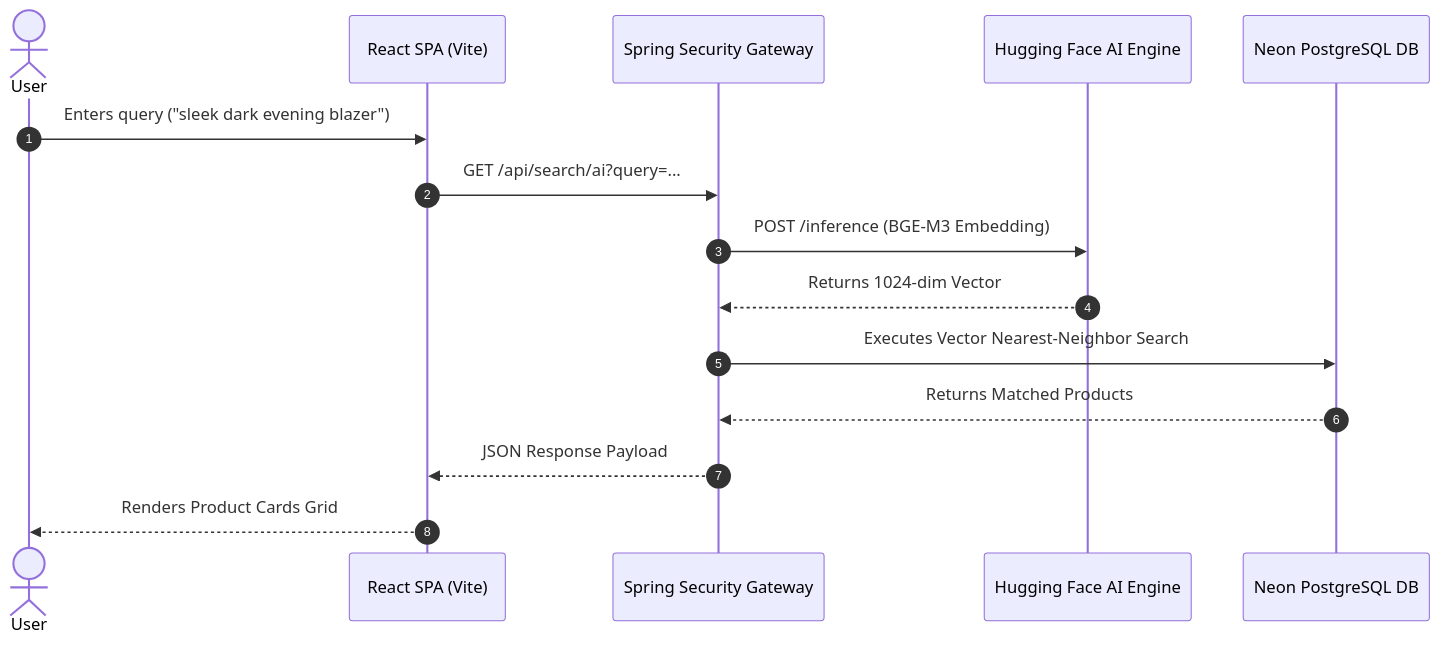
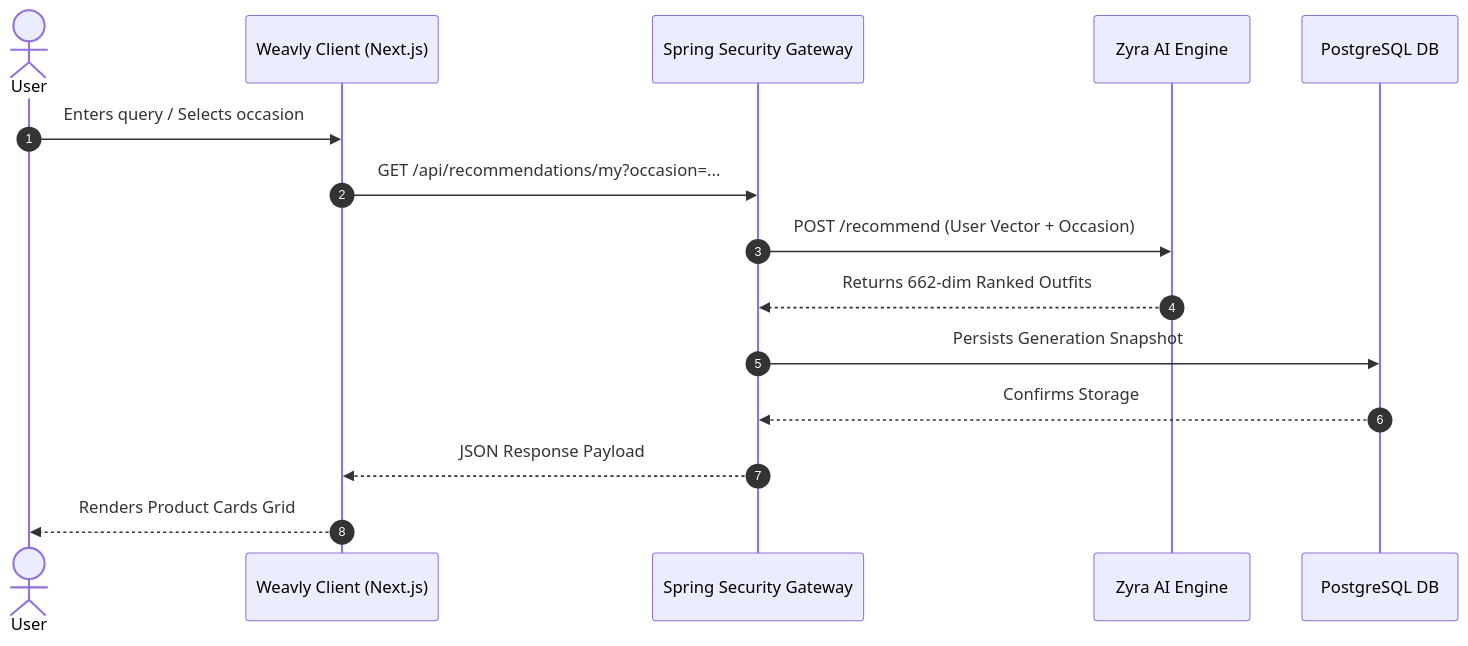
One commit to Ch-saketh/weavly changed the second of 2 diagrams in weavly-client/LUXZERA/README.md. Above: the diagram before and after it, drawn with Mermaid. The commit also changed other lines of this file and 4 other files, not shown here.

Commit message:
docs: replace luxzera with weavly and zera with zyra across all READMEs

````diff
--- a/weavly-client/LUXZERA/README.md
+++ b/weavly-client/LUXZERA/README.md
@@ -42,18 +42,18 @@
 ```mermaid
 sequenceDiagram
     autonumber
     actor User
-    participant Frontend as React SPA (Vite)
+    participant Frontend as Weavly Client (Next.js)
     participant Gateway as Spring Security Gateway
-    participant AI as Hugging Face AI Engine
-    participant DB as Neon PostgreSQL DB
+    participant AI as Zyra AI Engine
+    participant DB as PostgreSQL DB
 
-    User->>Frontend: Enters query ("sleek dark evening blazer")
-    Frontend->>Gateway: GET /api/search/ai?query=...
-    Gateway->>AI: POST /inference (BGE-M3 Embedding)
-    AI-->>Gateway: Returns 1024-dim Vector
-    Gateway->>DB: Executes Vector Nearest-Neighbor Search
-    DB-->>Gateway: Returns Matched Products
+    User->>Frontend: Enters query / Selects occasion
+    Frontend->>Gateway: GET /api/recommendations/my?occasion=...
+    Gateway->>AI: POST /recommend (User Vector + Occasion)
+    AI-->>Gateway: Returns 662-dim Ranked Outfits
+    Gateway->>DB: Persists Generation Snapshot
+    DB-->>Gateway: Confirms Storage
     Gateway-->>Frontend: JSON Response Payload
     Frontend-->>User: Renders Product Cards Grid
 ```
````
